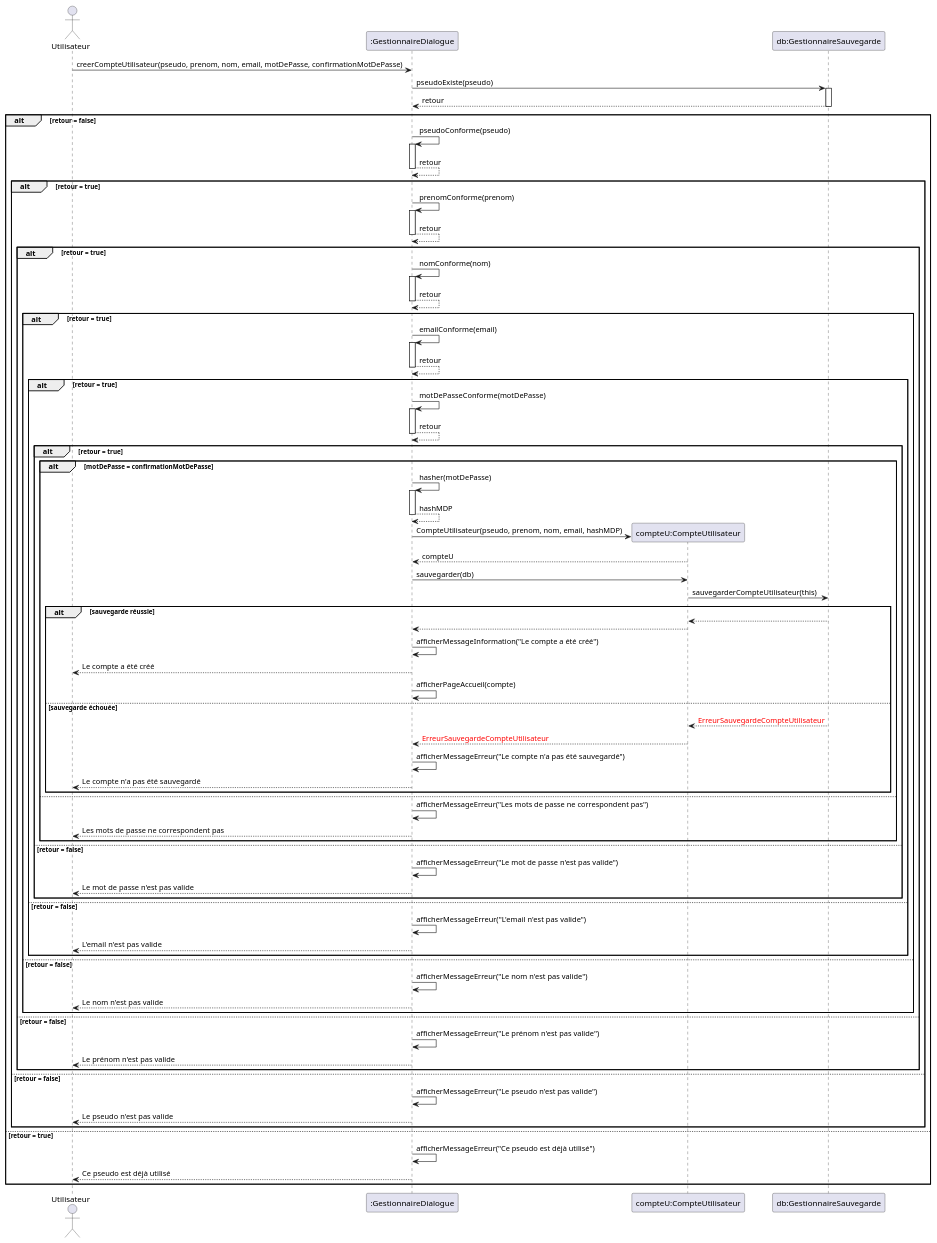
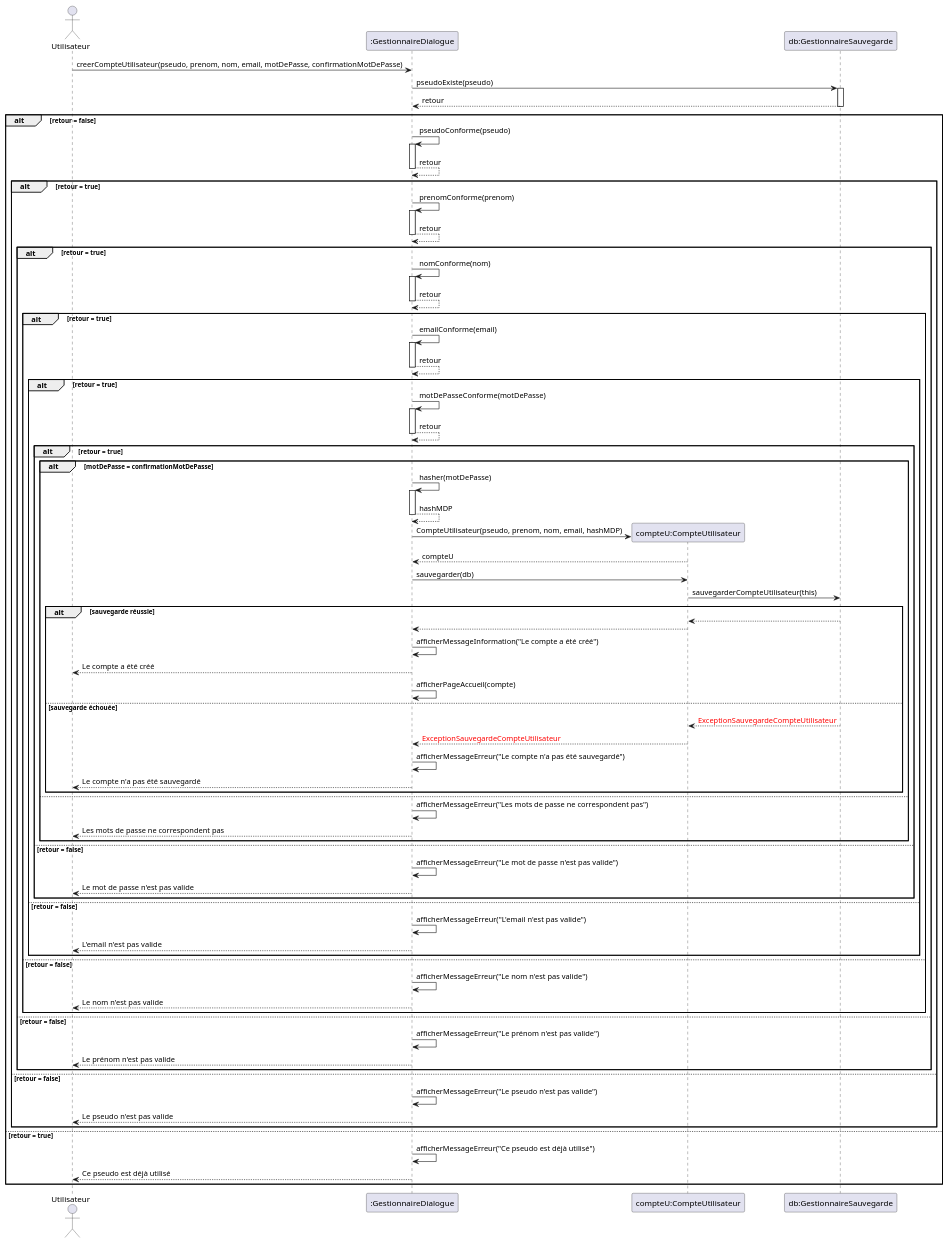
Before and after one commit to lmtb06/sharecount: the diagram in diagrammes/conception/creer-compte-utilisateur.puml, drawn with PlantUML. The commit also changed 8 other files, not shown here.

Commit message:
-Ajout de la classe d'exception ExceptionSC -Modification du diagramme de classe pour spécifier les classes qui lancent des exceptions -Modification de ErreurSauvegardeCompteUtilisateur, maintenant cette classe s'appelle ExceptionSauvegardeCompteUtilisateur.

```diff
--- a/diagrammes/conception/creer-compte-utilisateur.puml
+++ b/diagrammes/conception/creer-compte-utilisateur.puml
@@ -1,79 +1,79 @@
 @startuml Creer un compte utilisateur
 actor "Utilisateur" as us
 participant ":GestionnaireDialogue" as gd
 participant "compteU:CompteUtilisateur" as cu
 participant "db:GestionnaireSauvegarde" as gs
 
 us 	-> 	gd : creerCompteUtilisateur(pseudo, prenom, nom, email, motDePasse, confirmationMotDePasse)
 ' verification du pseudo
 gd 	-> gs ++: pseudoExiste(pseudo)
 gs 	--> gd --: retour
 alt retour = false
 gd 	-> 	gd ++: pseudoConforme(pseudo)
 gd 	--> 	gd --: retour
 alt retour = true
 ' verification du prénom
 gd 	-> 	gd ++: prenomConforme(prenom)
 gd 	--> 	gd --: retour
 alt retour = true
 ' verification du nom
 gd 	-> 	gd ++: nomConforme(nom)
 gd 	--> 	gd --: retour
 alt retour = true
 ' verification de l'email
 gd 	-> 	gd ++: emailConforme(email)
 gd 	--> 	gd --: retour
 alt retour = true
 ' verification du mot de passe
 gd 	-> 	gd ++: motDePasseConforme(motDePasse)
 gd 	--> 	gd --: retour
 alt retour = true
 alt motDePasse = confirmationMotDePasse
 gd 	-> gd ++: hasher(motDePasse)
 gd 	--> gd --: hashMDP
 gd 	-> cu **: CompteUtilisateur(pseudo, prenom, nom, email, hashMDP)
 cu 	--> gd --: compteU
 gd 	-> cu : sauvegarder(db)
 cu 	-> gs : sauvegarderCompteUtilisateur(this)
 
 alt sauvegarde réussie
 gs 	--> cu :
 cu 	--> gd :
 gd 	-> 	gd : afficherMessageInformation("Le compte a été créé")
 gd 	--> 	us : Le compte a été créé
 gd -> gd : afficherPageAccueil(compte)
 else sauvegarde échouée
-gs 	--> cu : <font color=red>ErreurSauvegardeCompteUtilisateur
-cu 	--> gd : <font color=red>ErreurSauvegardeCompteUtilisateur
+gs 	--> cu : <font color=red>ExceptionSauvegardeCompteUtilisateur
+cu 	--> gd : <font color=red>ExceptionSauvegardeCompteUtilisateur
 gd 	-> 	gd : afficherMessageErreur("Le compte n'a pas été sauvegardé")
 gd 	--> 	us : Le compte n'a pas été sauvegardé
 end
 else
 gd 	-> 	gd : afficherMessageErreur("Les mots de passe ne correspondent pas")
 gd 	--> 	us : Les mots de passe ne correspondent pas
 end
 else retour = false
 gd 	-> 	gd : afficherMessageErreur("Le mot de passe n'est pas valide")
 gd 	--> 	us : Le mot de passe n'est pas valide
 end
 else retour = false
 gd 	-> 	gd : afficherMessageErreur("L'email n'est pas valide")
 gd 	--> 	us : L'email n'est pas valide
 end
 else retour = false
 gd 	-> 	gd : afficherMessageErreur("Le nom n'est pas valide")
 gd 	--> 	us : Le nom n'est pas valide
 end
 else retour = false
 gd 	-> 	gd : afficherMessageErreur("Le prénom n'est pas valide")
 gd 	--> 	us : Le prénom n'est pas valide
 end
 else retour = false
 gd 	-> 	gd : afficherMessageErreur("Le pseudo n'est pas valide")
 gd 	--> 	us : Le pseudo n'est pas valide
 end
 else retour = true
 gd 	-> 	gd : afficherMessageErreur("Ce pseudo est déjà utilisé")
 gd 	--> 	us : Ce pseudo est déjà utilisé
 end
 @enduml
```
